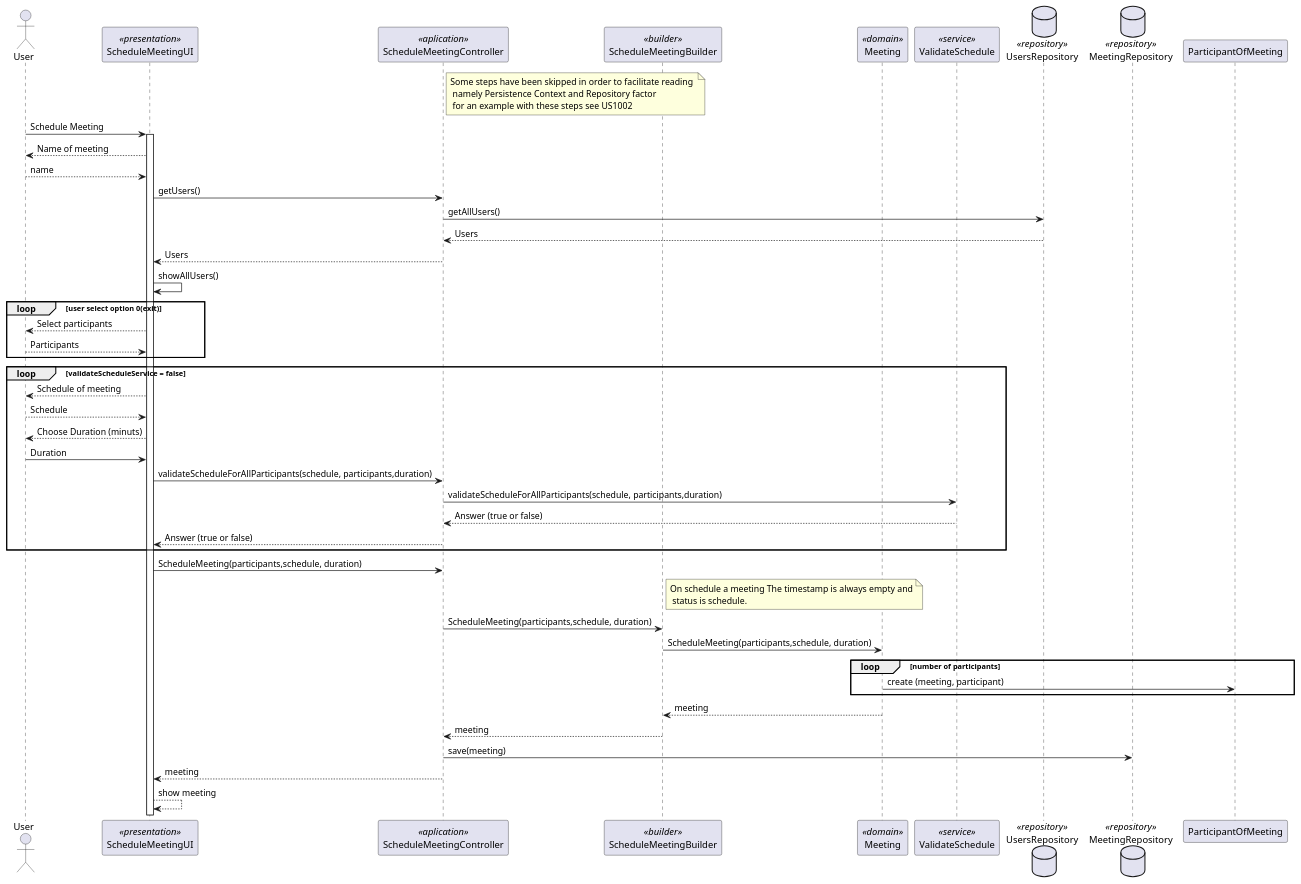
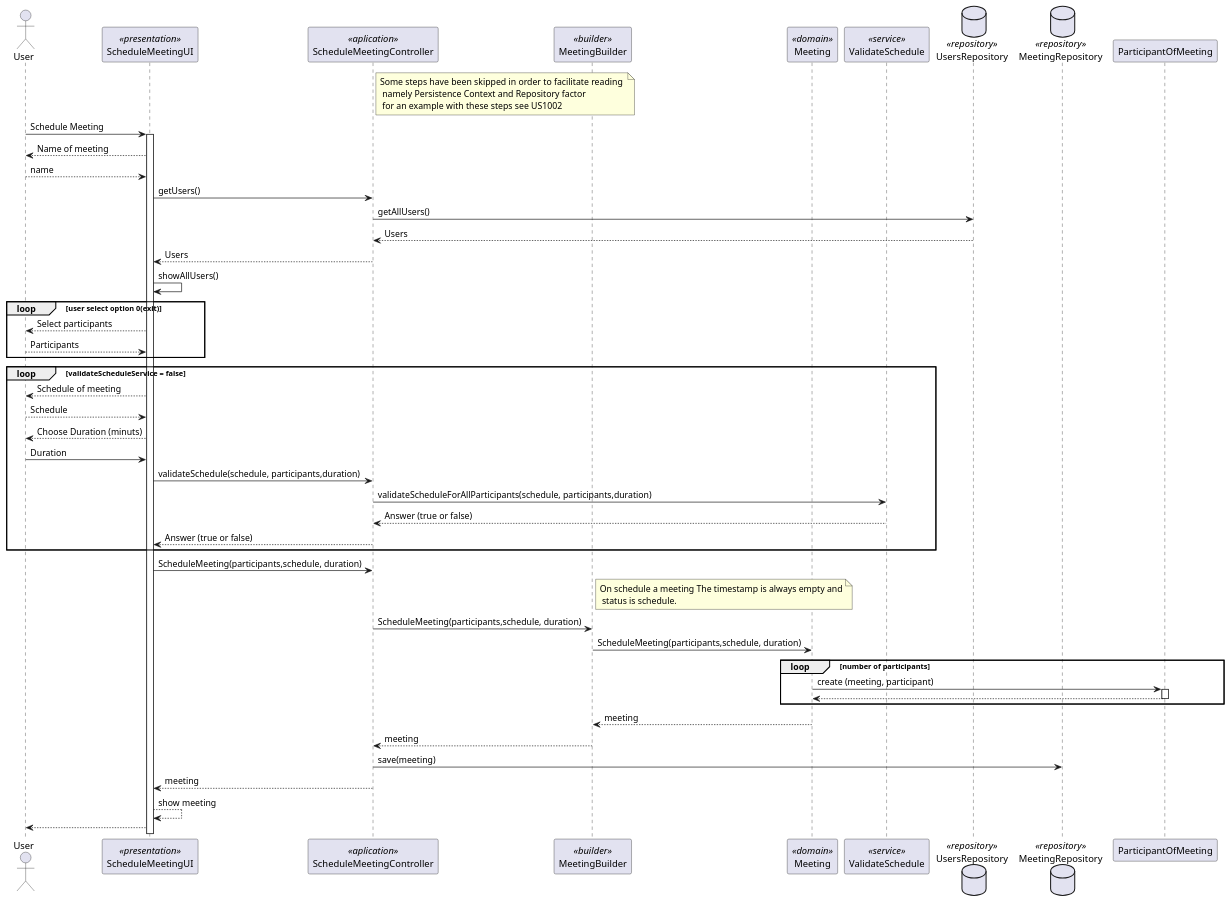
One commit to mascenso/isep-sem4-lapr4 changed the diagram in docs/SPRINT B/US4001 - Schedule a meeting/SD-4001.puml. Above: the diagram before and after it, drawn with PlantUML. The commit also changed 9 other files, not shown here.

```diff
--- a/docs/SPRINT B/US4001 - Schedule a meeting/SD-4001.puml
+++ b/docs/SPRINT B/US4001 - Schedule a meeting/SD-4001.puml
@@ -1,53 +1,58 @@
 @startuml
 actor User as Actor
 participant ScheduleMeetingUI as UI <<presentation>>
 participant ScheduleMeetingController as Controller <<aplication>>
-participant ScheduleMeetingBuilder as Builder <<builder>>
+participant MeetingBuilder as Builder <<builder>>
 participant Meeting as Domain <<domain>>
 participant ValidateSchedule as Service <<service>>
 database UsersRepository as UsersRepository <<repository>>
 database MeetingRepository as MeetingRepository <<repository>>
 
 note right of Controller:Some steps have been skipped in order to facilitate reading \n namely Persistence Context and Repository factor \n for an example with these steps see US1002
 Actor -> UI: Schedule Meeting
 activate UI
     UI --> Actor: Name of meeting
     Actor --> UI: name
     UI -> Controller: getUsers()
     Controller -> UsersRepository: getAllUsers()
     UsersRepository --> Controller: Users
     Controller --> UI: Users
     UI -> UI: showAllUsers()
     loop user select option 0(exit)
         UI --> Actor: Select participants
         Actor --> UI: Participants
     end
 
 
     loop validateScheduleService = false
         UI --> Actor: Schedule of meeting
         Actor --> UI: Schedule
         UI --> Actor: Choose Duration (minuts)
         Actor -> UI: Duration
-        UI -> Controller: validateScheduleForAllParticipants(schedule, participants,duration)
+        UI -> Controller: validateSchedule(schedule, participants,duration)
         Controller -> Service: validateScheduleForAllParticipants(schedule, participants,duration)
         Service --> Controller: Answer (true or false)
         Controller --> UI: Answer (true or false)
     end
     UI -> Controller: ScheduleMeeting(participants,schedule, duration)
     note right of Builder: On schedule a meeting The timestamp is always empty and\n status is schedule.
     Controller -> Builder:ScheduleMeeting(participants,schedule, duration)
     Builder -> Domain: ScheduleMeeting(participants,schedule, duration)
+
     loop number of participants
         Domain -> ParticipantOfMeeting: create (meeting, participant)
+        activate ParticipantOfMeeting
+        ParticipantOfMeeting --> Domain
+        deactivate ParticipantOfMeeting
     end
+
     Domain --> Builder: meeting
     Builder --> Controller: meeting
     Controller -> MeetingRepository: save(meeting)
     Controller --> UI: meeting
     UI --> UI: show meeting
-
+    UI --> Actor
 
 
 
 @enduml
```
